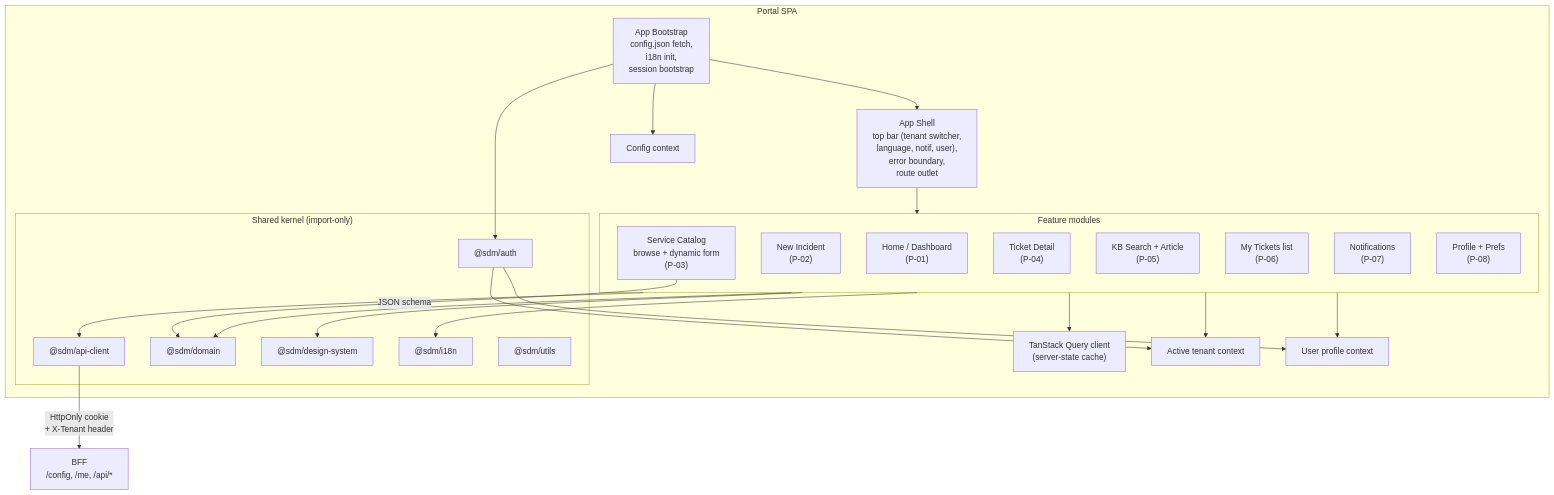
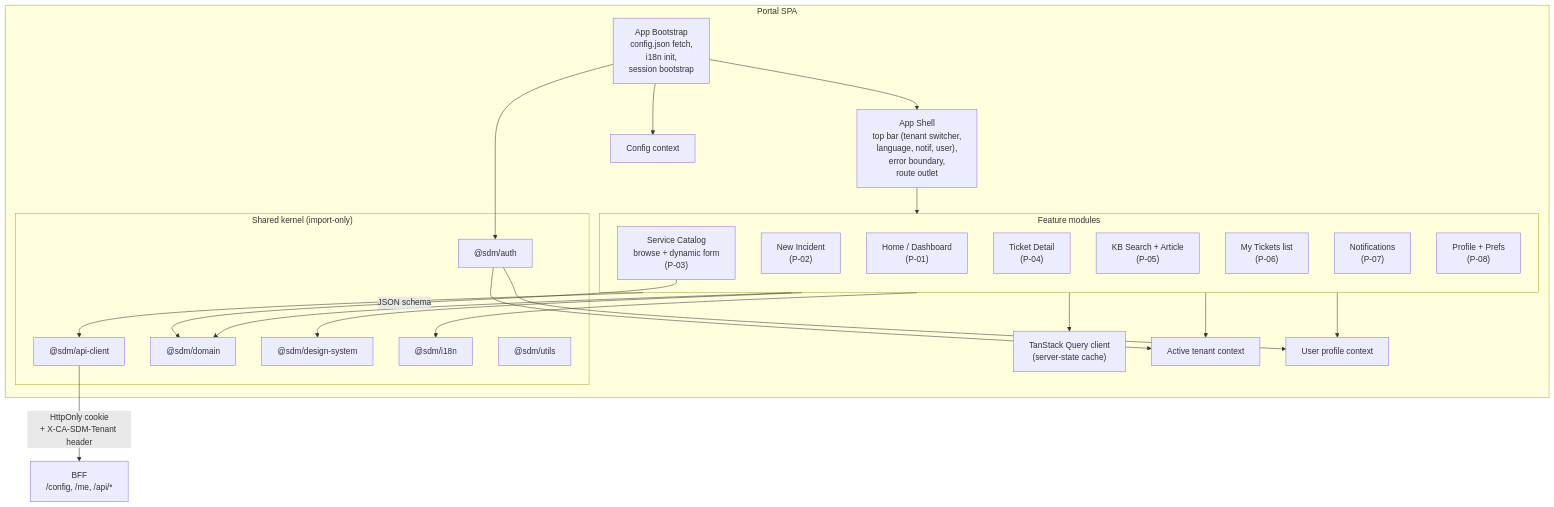
The diagram in docs/agents/architecture/components/portal.md (Spigotek/SDM-Rewrite), drawn with Mermaid before and after one commit. The commit also changed other lines of this file and 15 other files, not shown here.

First line of the commit message:
[20260508-192438][round-2][04] architecture (r2): BFF=Hono 4, ADRs accepted, tenant header X-CA-SDM-Tenant, risks resolved

````diff
--- a/docs/agents/architecture/components/portal.md
+++ b/docs/agents/architecture/components/portal.md
@@ -9,51 +17,51 @@
 ```mermaid
 flowchart TB
     subgraph portal["Portal SPA"]
         Bootstrap["App Bootstrap<br/>config.json fetch,<br/>i18n init,<br/>session bootstrap"]
 
         Shell["App Shell<br/>top bar (tenant switcher,<br/>language, notif, user),<br/>error boundary,<br/>route outlet"]
 
         subgraph features["Feature modules"]
             HomePage["Home / Dashboard<br/>(P-01)"]
             NewTicket["New Incident<br/>(P-02)"]
             Catalog["Service Catalog<br/>browse + dynamic form<br/>(P-03)"]
             TicketDetail["Ticket Detail<br/>(P-04)"]
             KBSearch["KB Search + Article<br/>(P-05)"]
             MyTickets["My Tickets list<br/>(P-06)"]
             Notifications["Notifications<br/>(P-07)"]
             Profile["Profile + Prefs<br/>(P-08)"]
         end
 
         subgraph shared["Shared kernel (import-only)"]
             ApiClient["@sdm/api-client"]
             Domain["@sdm/domain"]
             DesignSystem["@sdm/design-system"]
             AuthLib["@sdm/auth"]
             I18n["@sdm/i18n"]
             Utils["@sdm/utils"]
         end
 
         QueryClient["TanStack Query client<br/>(server-state cache)"]
         ConfigCtx["Config context"]
         TenantCtx["Active tenant context"]
         UserCtx["User profile context"]
     end
 
     BFF["BFF<br/>/config, /me, /api/*"]
 
     Bootstrap --> ConfigCtx
     Bootstrap --> AuthLib
     Bootstrap --> Shell
     Shell --> features
     features --> ApiClient
     features --> Domain
     features --> DesignSystem
     features --> I18n
     features --> QueryClient
     features --> TenantCtx
     features --> UserCtx
-    ApiClient -- "HttpOnly cookie<br/>+ X-Tenant header" --> BFF
+    ApiClient -- "HttpOnly cookie<br/>+ X-CA-SDM-Tenant header" --> BFF
     Catalog -- "JSON schema" --> Domain
     AuthLib --> UserCtx
     AuthLib --> TenantCtx
 ```
````
